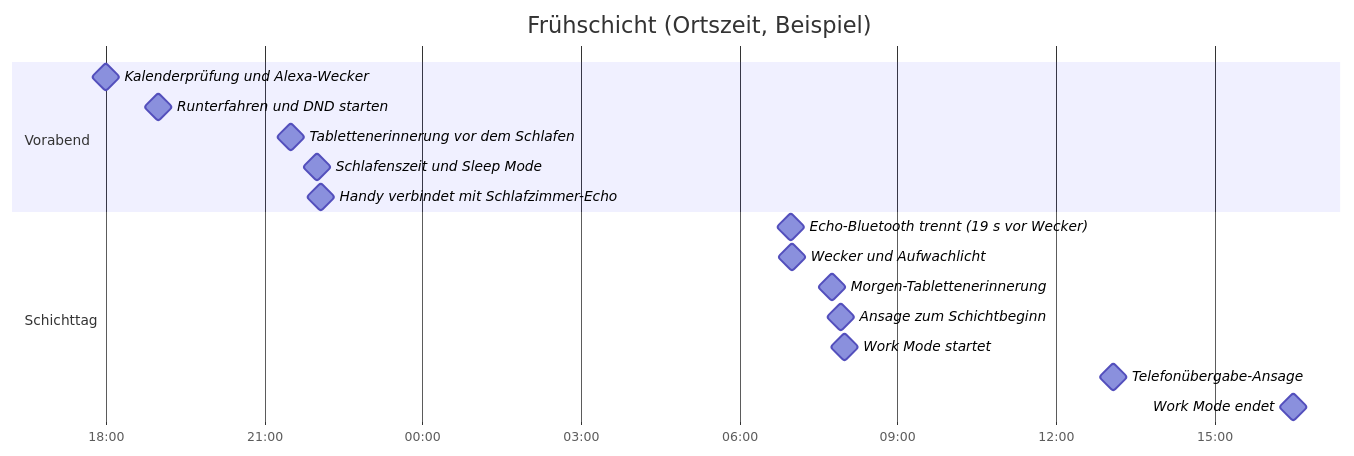
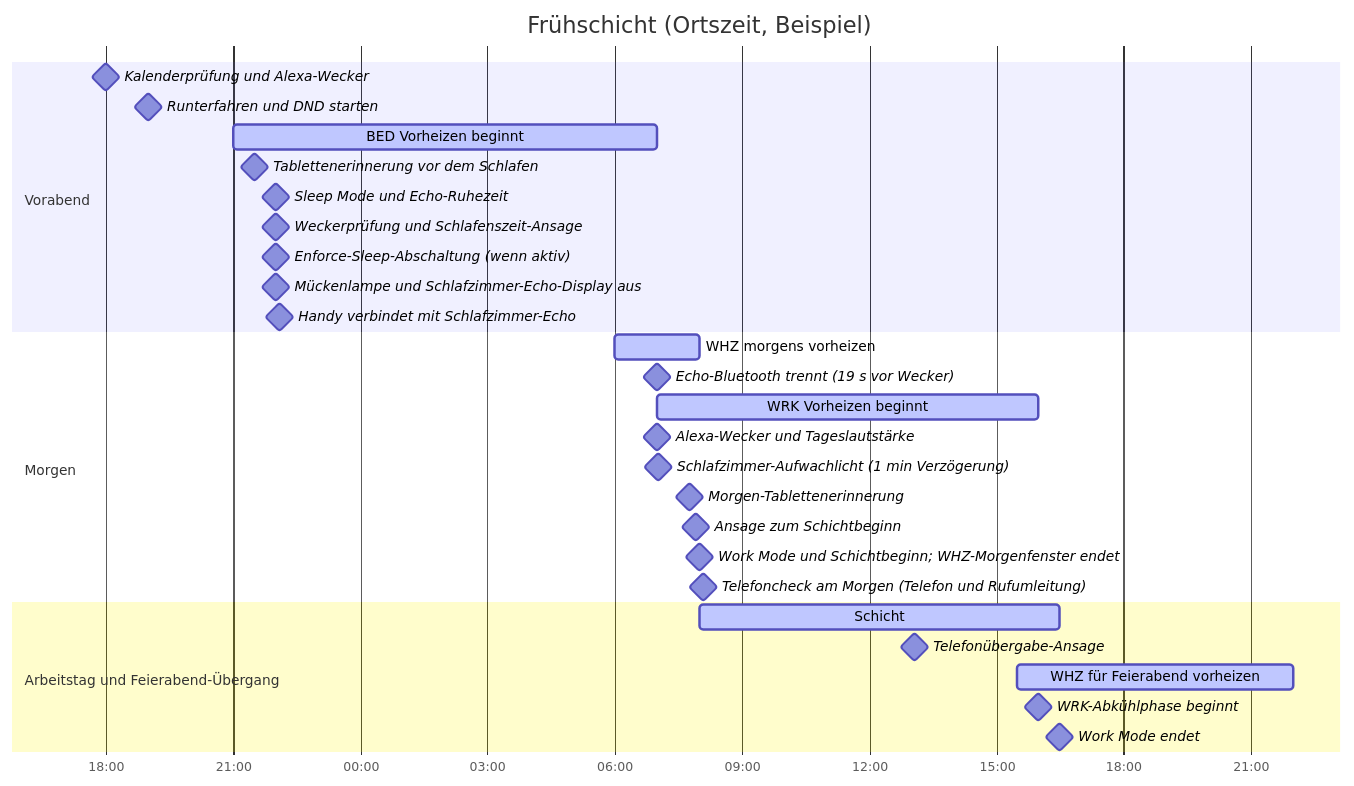
One commit to theniwo/homeassistant changed the second of 2 diagrams in README.de.md. Above: the diagram before and after it, drawn with Mermaid. The commit also changed other lines of this file and 4 other files, not shown here.

````diff
--- a/README.de.md
+++ b/README.de.md
@@ -144,20 +154,32 @@
 ```mermaid
 gantt
     title Frühschicht (Ortszeit, Beispiel)
     dateFormat YYYY-MM-DD HH:mm
     axisFormat %H:%M
     section Vorabend
     Kalenderprüfung und Alexa-Wecker :milestone, 2026-10-27 18:00, 0m
     Runterfahren und DND starten :milestone, 2026-10-27 19:00, 0m
+    BED Vorheizen beginnt :active, 2026-10-27 21:00, 600m
     Tablettenerinnerung vor dem Schlafen :milestone, 2026-10-27 21:30, 0m
-    Schlafenszeit und Sleep Mode :milestone, 2026-10-27 22:00, 0m
+    Sleep Mode und Echo-Ruhezeit :milestone, 2026-10-27 22:00, 0m
+    Weckerprüfung und Schlafenszeit-Ansage :milestone, 2026-10-27 22:00, 0m
+    Enforce-Sleep-Abschaltung (wenn aktiv) :milestone, 2026-10-27 22:00, 0m
+    Mückenlampe und Schlafzimmer-Echo-Display aus :milestone, 2026-10-27 22:00, 0m
     Handy verbindet mit Schlafzimmer-Echo :milestone, 2026-10-27 22:05, 0m
-    section Schichttag
+    section Morgen
+    WHZ morgens vorheizen :active, 2026-10-28 06:00, 120m
     Echo-Bluetooth trennt (19 s vor Wecker) :milestone, 2026-10-28 06:59, 0m
-    Wecker und Aufwachlicht :milestone, 2026-10-28 07:00, 0m
+    WRK Vorheizen beginnt :active, 2026-10-28 07:00, 540m
+    Alexa-Wecker und Tageslautstärke :milestone, 2026-10-28 07:00, 0m
+    Schlafzimmer-Aufwachlicht (1 min Verzögerung) :milestone, 2026-10-28 07:01, 0m
     Morgen-Tablettenerinnerung :milestone, 2026-10-28 07:45, 0m
     Ansage zum Schichtbeginn :milestone, 2026-10-28 07:55, 0m
-    Work Mode startet :milestone, 2026-10-28 08:00, 0m
+    Work Mode und Schichtbeginn; WHZ-Morgenfenster endet :milestone, 2026-10-28 08:00, 0m
+    Telefoncheck am Morgen (Telefon und Rufumleitung) :milestone, 2026-10-28 08:05, 0m
+    section Arbeitstag und Feierabend-Übergang
+    Schicht :active, 2026-10-28 08:00, 510m
     Telefonübergabe-Ansage :milestone, 2026-10-28 13:05, 0m
+    WHZ für Feierabend vorheizen :active, 2026-10-28 15:30, 390m
+    WRK-Abkühlphase beginnt :milestone, 2026-10-28 16:00, 0m
     Work Mode endet :milestone, 2026-10-28 16:30, 0m
 ```
````
